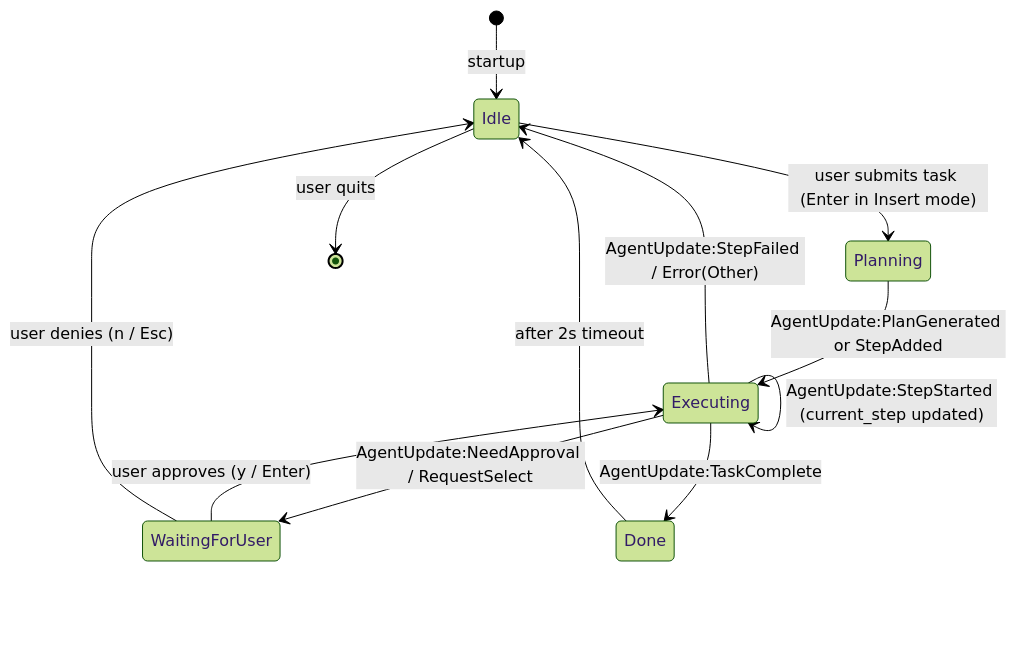
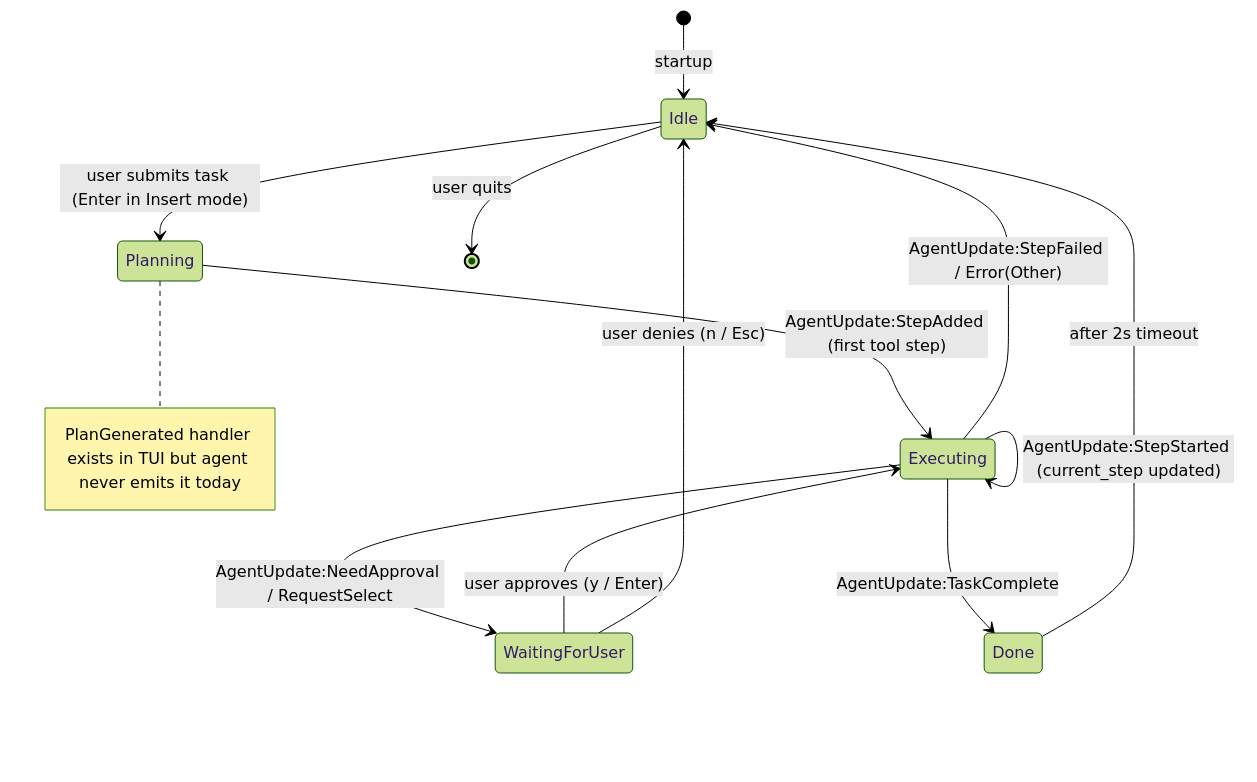
Before and after one commit to rust-infra/tact: the first of 6 diagrams in docs/state_machines.md, drawn with Mermaid (forest theme). The commit also changed other lines of this file and 13 other files, not shown here.

````diff
--- a/docs/state_machines.md
+++ b/docs/state_machines.md
@@ -25,18 +25,20 @@
 ```mermaid
 stateDiagram-v2
     [*] --> Idle: startup
 
     Idle --> Planning: user submits task (Enter in Insert mode)
-    Planning --> Executing: AgentUpdate:PlanGenerated or StepAdded
+    Planning --> Executing: AgentUpdate:StepAdded (first tool step)
+
+    Note right of Planning: PlanGenerated handler exists in TUI but agent never emits it today
 
     Executing --> Executing: AgentUpdate:StepStarted (current_step updated)
     Executing --> WaitingForUser: AgentUpdate:NeedApproval / RequestSelect
     Executing --> Done: AgentUpdate:TaskComplete
     Executing --> Idle: AgentUpdate:StepFailed / Error(Other)
 
     WaitingForUser --> Executing: user approves (y / Enter)
     WaitingForUser --> Idle: user denies (n / Esc)
 
     Done --> Idle: after 2s timeout
     Idle --> [*]: user quits
 ```
````
